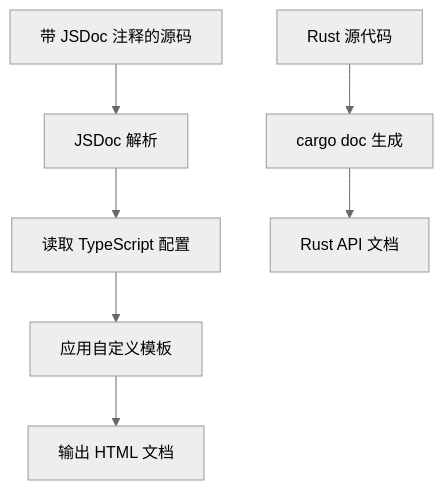
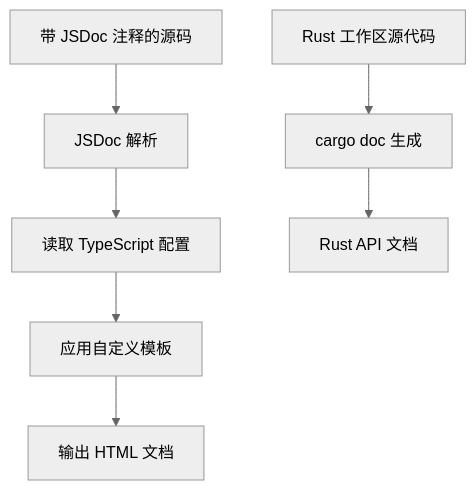
The seventh of 10 diagrams in .qoder/repowiki/zh/content/项目概述/技术栈.md (rzhangjing/cesium), drawn with Mermaid (neutral theme) before and after one commit. The commit also changed other lines of this file and 1321 other files, not shown here.

````diff
--- a/.qoder/repowiki/zh/content/项目概述/技术栈.md
+++ b/.qoder/repowiki/zh/content/项目概述/技术栈.md
@@ -448,9 +464,9 @@
 ```mermaid
 flowchart TD
 Src["带 JSDoc 注释的源码"] --> Parse["JSDoc 解析"]
 TSConf["读取 TypeScript 配置"] --> Template["应用自定义模板"]
 Template --> Output["输出 HTML 文档"]
-RustSrc["Rust 源代码"] --> CargoDoc["cargo doc 生成"]
+RustSrc["Rust 工作区源代码"] --> CargoDoc["cargo doc 生成"]
 CargoDoc --> RustDocs["Rust API 文档"]
 Parse --> TSConf
 ```
````
